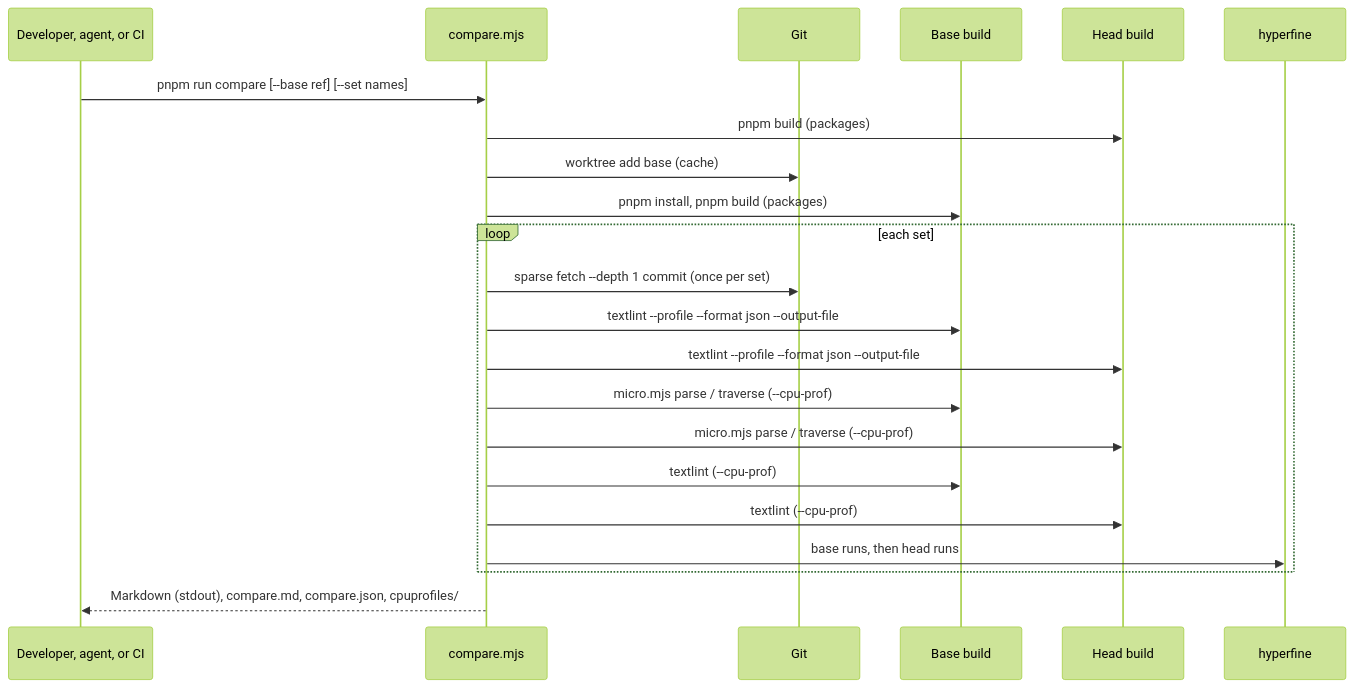
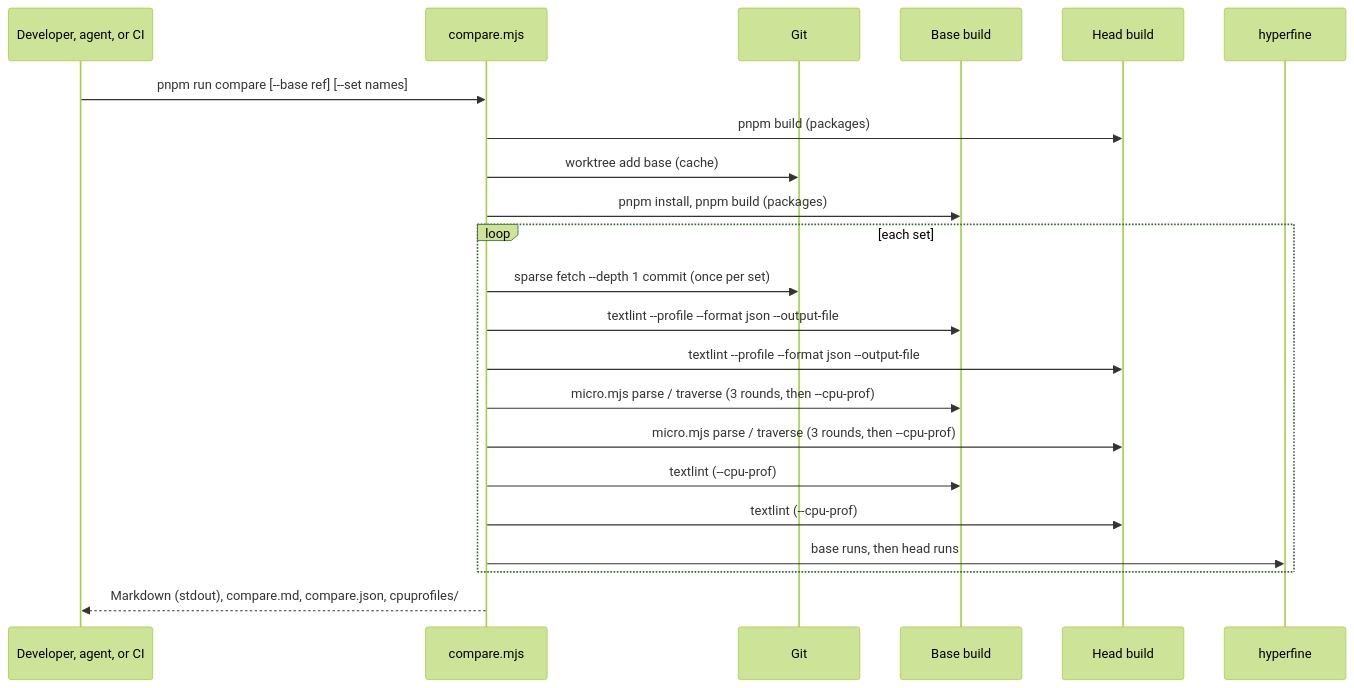
Before and after one commit to textlint/textlint: the diagram in docs/products/textlint/features/change-comparison/design.md, drawn with Mermaid (forest theme). The commit also changed other lines of this file and 2 other files, not shown here.

Commit message:
perf(benchmark): measure base and head in rounds, without CPU profiling
Runs of micro.mjs for the same code differed by up to 0.75x-1.17x, because the base
and the head ran one after another under --cpu-prof. Now they run in 3 rounds, in turns,
without --cpu-prof; one extra process records the CPU profile. Comparing HEAD with
itself now gives 0.92x-1.06x on small and medium.

Claude-Session: https://claude.ai/code/session_01TSdrAFhDjQv5inahhbbFMD

````diff
--- a/docs/products/textlint/features/change-comparison/design.md
+++ b/docs/products/textlint/features/change-comparison/design.md
@@ -55,24 +55,24 @@
 ```mermaid
 sequenceDiagram
     participant Dev as Developer, agent, or CI
     participant Script as compare.mjs
     participant Git
     participant Base as Base build
     participant Head as Head build
     participant HF as hyperfine
     Dev->>Script: pnpm run compare [--base ref] [--set names]
     Script->>Head: pnpm build (packages)
     Script->>Git: worktree add base (cache)
     Script->>Base: pnpm install, pnpm build (packages)
     loop each set
         Script->>Git: sparse fetch --depth 1 commit (once per set)
         Script->>Base: textlint --profile --format json --output-file
         Script->>Head: textlint --profile --format json --output-file
-        Script->>Base: micro.mjs parse / traverse (--cpu-prof)
-        Script->>Head: micro.mjs parse / traverse (--cpu-prof)
+        Script->>Base: micro.mjs parse / traverse (3 rounds, then --cpu-prof)
+        Script->>Head: micro.mjs parse / traverse (3 rounds, then --cpu-prof)
         Script->>Base: textlint (--cpu-prof)
         Script->>Head: textlint (--cpu-prof)
         Script->>HF: base runs, then head runs
     end
     Script-->>Dev: Markdown (stdout), compare.md, compare.json, cpuprofiles/
 ```
````
